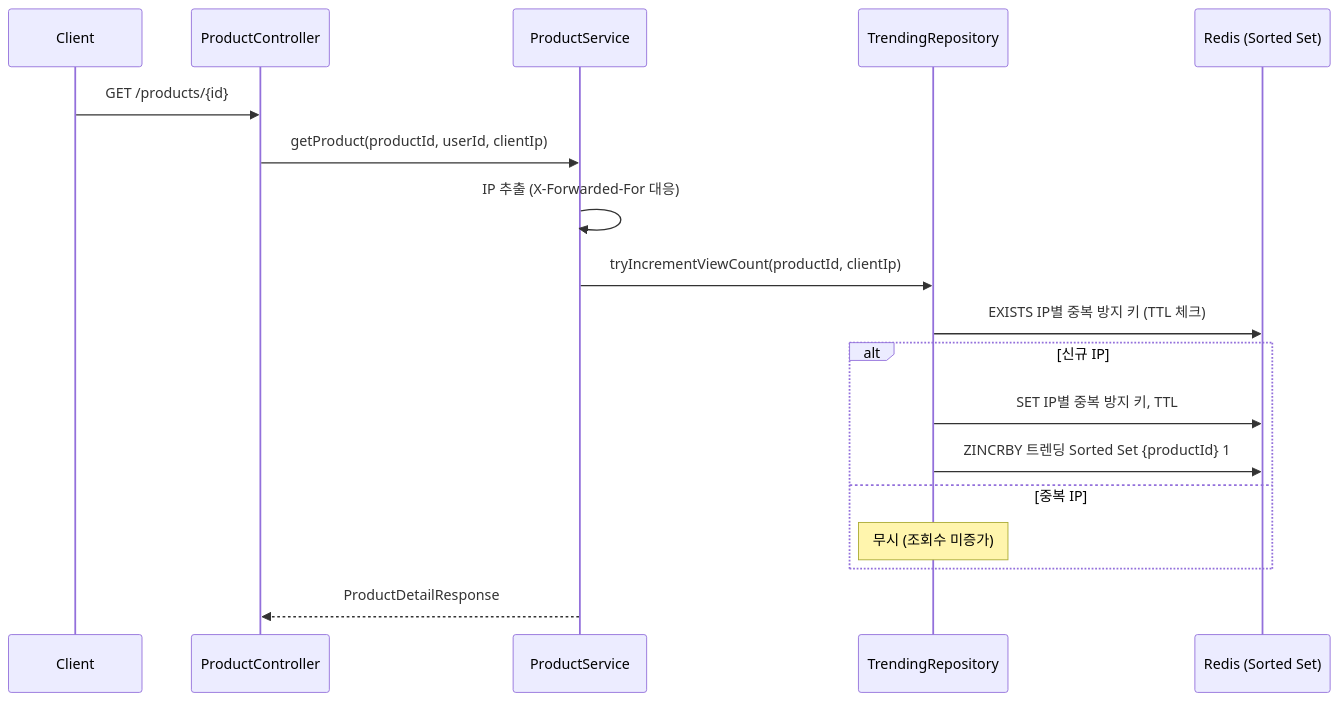
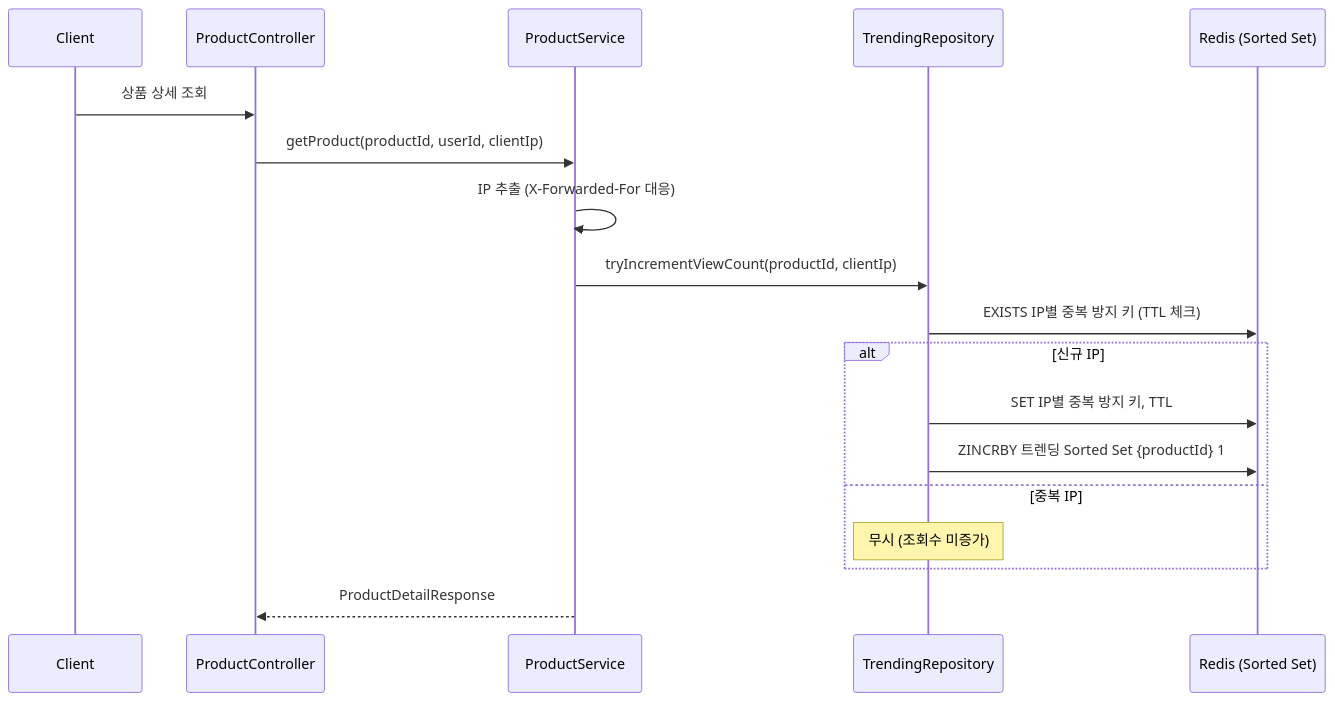
One commit to cherry-market/cherry-architecture changed the third of 8 diagrams in architecture/product-domain.md. Above: the diagram before and after it, drawn with Mermaid. The commit also changed other lines of this file and 6 other files, not shown here.

````diff
--- a/architecture/product-domain.md
+++ b/architecture/product-domain.md
@@ -185,21 +185,21 @@
 ```mermaid
 sequenceDiagram
     participant C as Client
     participant API as ProductController
     participant SVC as ProductService
     participant Trending as TrendingRepository
     participant Redis as Redis (Sorted Set)
 
-    C->>API: GET /products/{id}
+    C->>API: 상품 상세 조회
     API->>SVC: getProduct(productId, userId, clientIp)
     SVC->>SVC: IP 추출 (X-Forwarded-For 대응)
     SVC->>Trending: tryIncrementViewCount(productId, clientIp)
     Trending->>Redis: EXISTS IP별 중복 방지 키 (TTL 체크)
     alt 신규 IP
         Trending->>Redis: SET IP별 중복 방지 키, TTL
         Trending->>Redis: ZINCRBY 트렌딩 Sorted Set {productId} 1
     else 중복 IP
         Note over Trending: 무시 (조회수 미증가)
     end
     SVC-->>API: ProductDetailResponse
 ```
````
